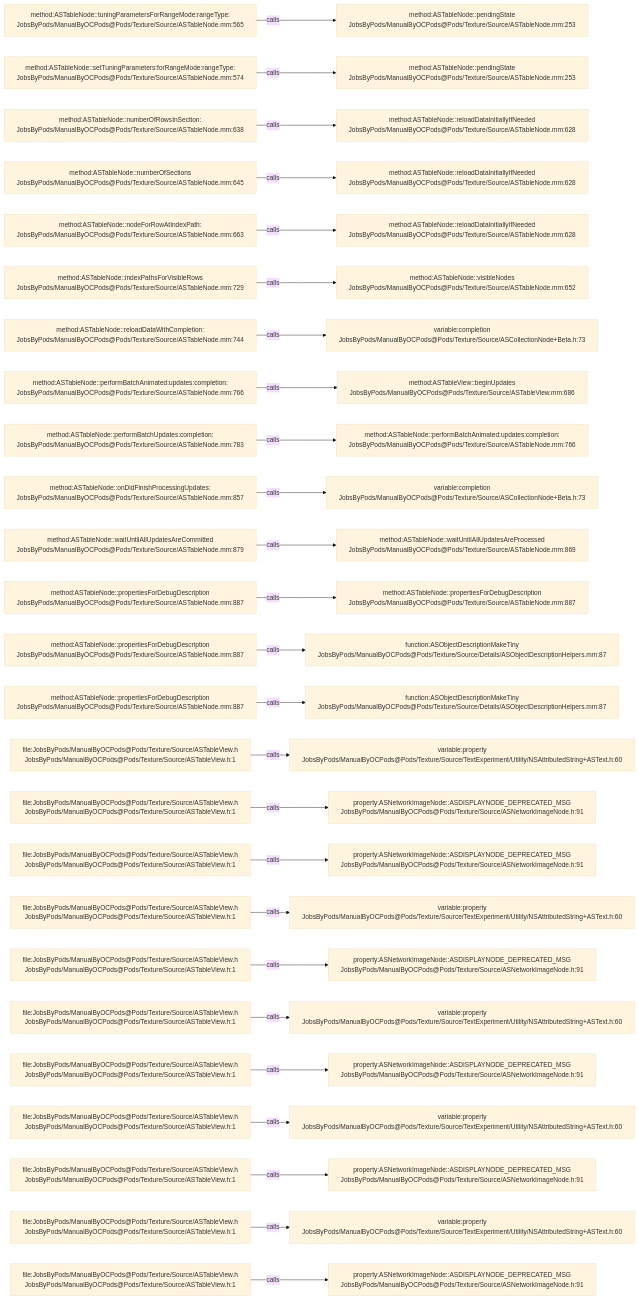
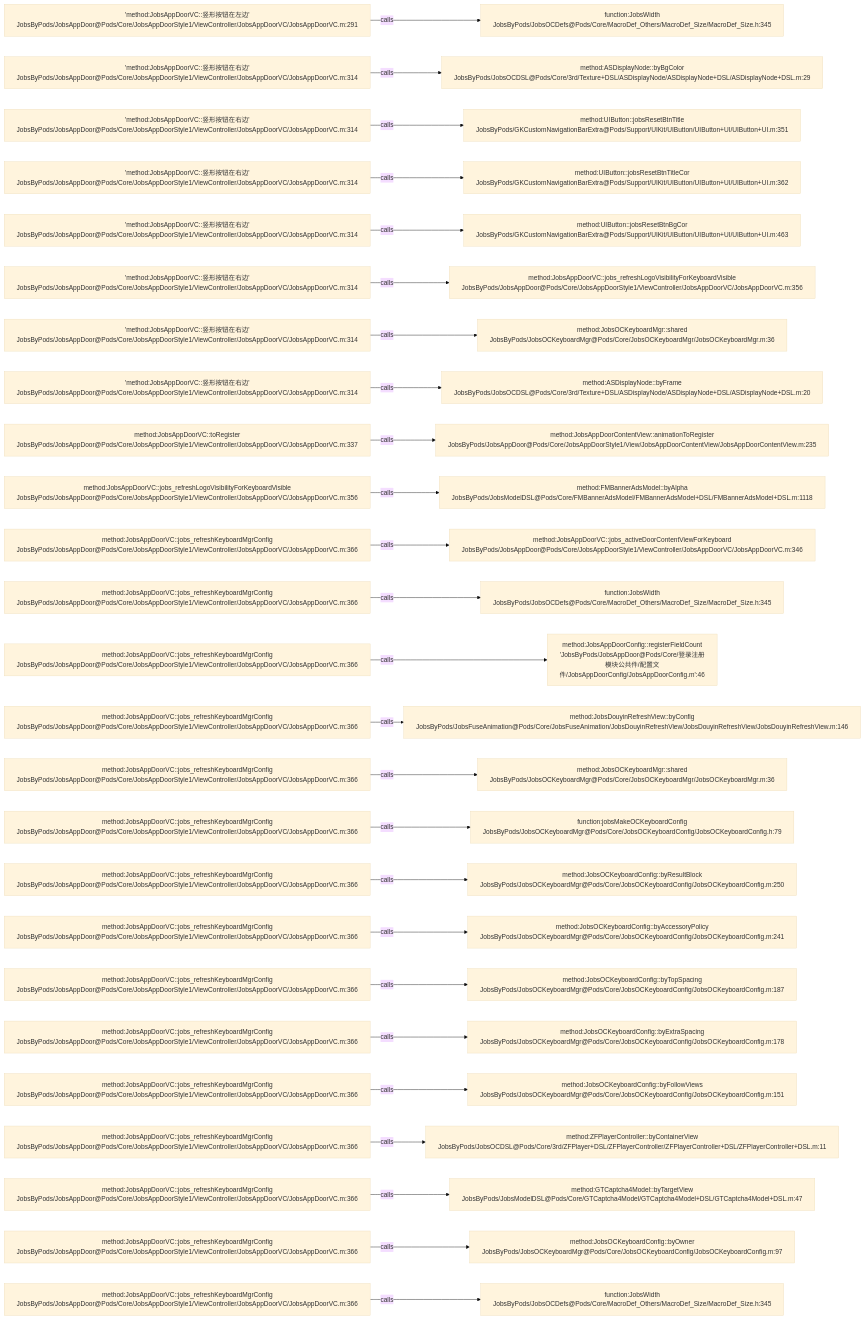
Before and after one commit to JobsKits/JobsOCBaseConfigDemo: the diagram in .codegraph/codegraph.md/graphs/calls-109.md, drawn with Mermaid (base theme). The commit also changed 768 other files, not shown here.

````diff
--- a/.codegraph/codegraph.md/graphs/calls-109.md
+++ b/.codegraph/codegraph.md/graphs/calls-109.md
@@ -13,78 +13,78 @@
 ```mermaid
 flowchart LR
-  S1["method:ASTableNode::tuningParametersForRangeMode:rangeType:<br/>JobsByPods/ManualByOCPods@Pods/Texture/Source/ASTableNode.mm:565"]
-  T1["method:ASTableNode::pendingState<br/>JobsByPods/ManualByOCPods@Pods/Texture/Source/ASTableNode.mm:253"]
+  S1["'method:JobsAppDoorVC::竖形按钮在左边'<br/>JobsByPods/JobsAppDoor@Pods/Core/JobsAppDoorStyle1/ViewController/JobsAppDoorVC/JobsAppDoorVC.m:291"]
+  T1["function:JobsWidth<br/>JobsByPods/JobsOCDefs@Pods/Core/MacroDef_Others/MacroDef_Size/MacroDef_Size.h:345"]
   S1 -->|calls| T1
-  S2["method:ASTableNode::setTuningParameters:forRangeMode:rangeType:<br/>JobsByPods/ManualByOCPods@Pods/Texture/Source/ASTableNode.mm:574"]
-  T2["method:ASTableNode::pendingState<br/>JobsByPods/ManualByOCPods@Pods/Texture/Source/ASTableNode.mm:253"]
+  S2["'method:JobsAppDoorVC::竖形按钮在右边'<br/>JobsByPods/JobsAppDoor@Pods/Core/JobsAppDoorStyle1/ViewController/JobsAppDoorVC/JobsAppDoorVC.m:314"]
+  T2["method:ASDisplayNode::byBgColor<br/>JobsByPods/JobsOCDSL@Pods/Core/3rd/Texture+DSL/ASDisplayNode/ASDisplayNode+DSL/ASDisplayNode+DSL.m:29"]
   S2 -->|calls| T2
-  S3["method:ASTableNode::numberOfRowsInSection:<br/>JobsByPods/ManualByOCPods@Pods/Texture/Source/ASTableNode.mm:638"]
-  T3["method:ASTableNode::reloadDataInitiallyIfNeeded<br/>JobsByPods/ManualByOCPods@Pods/Texture/Source/ASTableNode.mm:628"]
+  S3["'method:JobsAppDoorVC::竖形按钮在右边'<br/>JobsByPods/JobsAppDoor@Pods/Core/JobsAppDoorStyle1/ViewController/JobsAppDoorVC/JobsAppDoorVC.m:314"]
+  T3["method:UIButton::jobsResetBtnTitle<br/>JobsByPods/GKCustomNavigationBarExtra@Pods/Support/UIKit/UIButton/UIButton+UI/UIButton+UI.m:351"]
   S3 -->|calls| T3
-  S4["method:ASTableNode::numberOfSections<br/>JobsByPods/ManualByOCPods@Pods/Texture/Source/ASTableNode.mm:645"]
-  T4["method:ASTableNode::reloadDataInitiallyIfNeeded<br/>JobsByPods/ManualByOCPods@Pods/Texture/Source/ASTableNode.mm:628"]
+  S4["'method:JobsAppDoorVC::竖形按钮在右边'<br/>JobsByPods/JobsAppDoor@Pods/Core/JobsAppDoorStyle1/ViewController/JobsAppDoorVC/JobsAppDoorVC.m:314"]
+  T4["method:UIButton::jobsResetBtnTitleCor<br/>JobsByPods/GKCustomNavigationBarExtra@Pods/Support/UIKit/UIButton/UIButton+UI/UIButton+UI.m:362"]
   S4 -->|calls| T4
-  S5["method:ASTableNode::nodeForRowAtIndexPath:<br/>JobsByPods/ManualByOCPods@Pods/Texture/Source/ASTableNode.mm:663"]
-  T5["method:ASTableNode::reloadDataInitiallyIfNeeded<br/>JobsByPods/ManualByOCPods@Pods/Texture/Source/ASTableNode.mm:628"]
+  S5["'method:JobsAppDoorVC::竖形按钮在右边'<br/>JobsByPods/JobsAppDoor@Pods/Core/JobsAppDoorStyle1/ViewController/JobsAppDoorVC/JobsAppDoorVC.m:314"]
+  T5["method:UIButton::jobsResetBtnBgCor<br/>JobsByPods/GKCustomNavigationBarExtra@Pods/Support/UIKit/UIButton/UIButton+UI/UIButton+UI.m:463"]
   S5 -->|calls| T5
-  S6["method:ASTableNode::indexPathsForVisibleRows<br/>JobsByPods/ManualByOCPods@Pods/Texture/Source/ASTableNode.mm:729"]
-  T6["method:ASTableNode::visibleNodes<br/>JobsByPods/ManualByOCPods@Pods/Texture/Source/ASTableNode.mm:652"]
+  S6["'method:JobsAppDoorVC::竖形按钮在右边'<br/>JobsByPods/JobsAppDoor@Pods/Core/JobsAppDoorStyle1/ViewController/JobsAppDoorVC/JobsAppDoorVC.m:314"]
+  T6["method:JobsAppDoorVC::jobs_refreshLogoVisibilityForKeyboardVisible<br/>JobsByPods/JobsAppDoor@Pods/Core/JobsAppDoorStyle1/ViewController/JobsAppDoorVC/JobsAppDoorVC.m:356"]
   S6 -->|calls| T6
-  S7["method:ASTableNode::reloadDataWithCompletion:<br/>JobsByPods/ManualByOCPods@Pods/Texture/Source/ASTableNode.mm:744"]
-  T7["variable:completion<br/>JobsByPods/ManualByOCPods@Pods/Texture/Source/ASCollectionNode+Beta.h:73"]
+  S7["'method:JobsAppDoorVC::竖形按钮在右边'<br/>JobsByPods/JobsAppDoor@Pods/Core/JobsAppDoorStyle1/ViewController/JobsAppDoorVC/JobsAppDoorVC.m:314"]
+  T7["method:JobsOCKeyboardMgr::shared<br/>JobsByPods/JobsOCKeyboardMgr@Pods/Core/JobsOCKeyboardMgr/JobsOCKeyboardMgr.m:36"]
   S7 -->|calls| T7
-  S8["method:ASTableNode::performBatchAnimated:updates:completion:<br/>JobsByPods/ManualByOCPods@Pods/Texture/Source/ASTableNode.mm:766"]
-  T8["method:ASTableView::beginUpdates<br/>JobsByPods/ManualByOCPods@Pods/Texture/Source/ASTableView.mm:686"]
+  S8["'method:JobsAppDoorVC::竖形按钮在右边'<br/>JobsByPods/JobsAppDoor@Pods/Core/JobsAppDoorStyle1/ViewController/JobsAppDoorVC/JobsAppDoorVC.m:314"]
+  T8["method:ASDisplayNode::byFrame<br/>JobsByPods/JobsOCDSL@Pods/Core/3rd/Texture+DSL/ASDisplayNode/ASDisplayNode+DSL/ASDisplayNode+DSL.m:20"]
   S8 -->|calls| T8
-  S9["method:ASTableNode::performBatchUpdates:completion:<br/>JobsByPods/ManualByOCPods@Pods/Texture/Source/ASTableNode.mm:783"]
-  T9["method:ASTableNode::performBatchAnimated:updates:completion:<br/>JobsByPods/ManualByOCPods@Pods/Texture/Source/ASTableNode.mm:766"]
+  S9["method:JobsAppDoorVC::toRegister<br/>JobsByPods/JobsAppDoor@Pods/Core/JobsAppDoorStyle1/ViewController/JobsAppDoorVC/JobsAppDoorVC.m:337"]
+  T9["method:JobsAppDoorContentView::animationToRegister<br/>JobsByPods/JobsAppDoor@Pods/Core/JobsAppDoorStyle1/View/JobsAppDoorContentView/JobsAppDoorContentView.m:235"]
   S9 -->|calls| T9
-  S10["method:ASTableNode::onDidFinishProcessingUpdates:<br/>JobsByPods/ManualByOCPods@Pods/Texture/Source/ASTableNode.mm:857"]
-  T10["variable:completion<br/>JobsByPods/ManualByOCPods@Pods/Texture/Source/ASCollectionNode+Beta.h:73"]
+  S10["method:JobsAppDoorVC::jobs_refreshLogoVisibilityForKeyboardVisible<br/>JobsByPods/JobsAppDoor@Pods/Core/JobsAppDoorStyle1/ViewController/JobsAppDoorVC/JobsAppDoorVC.m:356"]
+  T10["method:FMBannerAdsModel::byAlpha<br/>JobsByPods/JobsModelDSL@Pods/Core/FMBannerAdsModel/FMBannerAdsModel+DSL/FMBannerAdsModel+DSL.m:1118"]
   S10 -->|calls| T10
-  S11["method:ASTableNode::waitUntilAllUpdatesAreCommitted<br/>JobsByPods/ManualByOCPods@Pods/Texture/Source/ASTableNode.mm:879"]
-  T11["method:ASTableNode::waitUntilAllUpdatesAreProcessed<br/>JobsByPods/ManualByOCPods@Pods/Texture/Source/ASTableNode.mm:869"]
+  S11["method:JobsAppDoorVC::jobs_refreshKeyboardMgrConfig<br/>JobsByPods/JobsAppDoor@Pods/Core/JobsAppDoorStyle1/ViewController/JobsAppDoorVC/JobsAppDoorVC.m:366"]
+  T11["method:JobsAppDoorVC::jobs_activeDoorContentViewForKeyboard<br/>JobsByPods/JobsAppDoor@Pods/Core/JobsAppDoorStyle1/ViewController/JobsAppDoorVC/JobsAppDoorVC.m:346"]
   S11 -->|calls| T11
-  S12["method:ASTableNode::propertiesForDebugDescription<br/>JobsByPods/ManualByOCPods@Pods/Texture/Source/ASTableNode.mm:887"]
-  T12["method:ASTableNode::propertiesForDebugDescription<br/>JobsByPods/ManualByOCPods@Pods/Texture/Source/ASTableNode.mm:887"]
+  S12["method:JobsAppDoorVC::jobs_refreshKeyboardMgrConfig<br/>JobsByPods/JobsAppDoor@Pods/Core/JobsAppDoorStyle1/ViewController/JobsAppDoorVC/JobsAppDoorVC.m:366"]
+  T12["function:JobsWidth<br/>JobsByPods/JobsOCDefs@Pods/Core/MacroDef_Others/MacroDef_Size/MacroDef_Size.h:345"]
   S12 -->|calls| T12
-  S13["method:ASTableNode::propertiesForDebugDescription<br/>JobsByPods/ManualByOCPods@Pods/Texture/Source/ASTableNode.mm:887"]
-  T13["function:ASObjectDescriptionMakeTiny<br/>JobsByPods/ManualByOCPods@Pods/Texture/Source/Details/ASObjectDescriptionHelpers.mm:87"]
+  S13["method:JobsAppDoorVC::jobs_refreshKeyboardMgrConfig<br/>JobsByPods/JobsAppDoor@Pods/Core/JobsAppDoorStyle1/ViewController/JobsAppDoorVC/JobsAppDoorVC.m:366"]
+  T13["method:JobsAppDoorConfig::registerFieldCount<br/>'JobsByPods/JobsAppDoor@Pods/Core/登录注册模块公共件/配置文件/JobsAppDoorConfig/JobsAppDoorConfig.m':46"]
   S13 -->|calls| T13
-  S14["method:ASTableNode::propertiesForDebugDescription<br/>JobsByPods/ManualByOCPods@Pods/Texture/Source/ASTableNode.mm:887"]
-  T14["function:ASObjectDescriptionMakeTiny<br/>JobsByPods/ManualByOCPods@Pods/Texture/Source/Details/ASObjectDescriptionHelpers.mm:87"]
+  S14["method:JobsAppDoorVC::jobs_refreshKeyboardMgrConfig<br/>JobsByPods/JobsAppDoor@Pods/Core/JobsAppDoorStyle1/ViewController/JobsAppDoorVC/JobsAppDoorVC.m:366"]
+  T14["method:JobsDouyinRefreshView::byConfig<br/>JobsByPods/JobsFuseAnimation@Pods/Core/JobsFuseAnimation/JobsDouyinRefreshView/JobsDouyinRefreshView/JobsDouyinRefreshView.m:146"]
   S14 -->|calls| T14
-  S15["file:JobsByPods/ManualByOCPods@Pods/Texture/Source/ASTableView.h<br/>JobsByPods/ManualByOCPods@Pods/Texture/Source/ASTableView.h:1"]
-  T15["variable:property<br/>JobsByPods/ManualByOCPods@Pods/Texture/Source/TextExperiment/Utility/NSAttributedString+ASText.h:60"]
+  S15["method:JobsAppDoorVC::jobs_refreshKeyboardMgrConfig<br/>JobsByPods/JobsAppDoor@Pods/Core/JobsAppDoorStyle1/ViewController/JobsAppDoorVC/JobsAppDoorVC.m:366"]
+  T15["method:JobsOCKeyboardMgr::shared<br/>JobsByPods/JobsOCKeyboardMgr@Pods/Core/JobsOCKeyboardMgr/JobsOCKeyboardMgr.m:36"]
   S15 -->|calls| T15
-  S16["file:JobsByPods/ManualByOCPods@Pods/Texture/Source/ASTableView.h<br/>JobsByPods/ManualByOCPods@Pods/Texture/Source/ASTableView.h:1"]
-  T16["property:ASNetworkImageNode::ASDISPLAYNODE_DEPRECATED_MSG<br/>JobsByPods/ManualByOCPods@Pods/Texture/Source/ASNetworkImageNode.h:91"]
+  S16["method:JobsAppDoorVC::jobs_refreshKeyboardMgrConfig<br/>JobsByPods/JobsAppDoor@Pods/Core/JobsAppDoorStyle1/ViewController/JobsAppDoorVC/JobsAppDoorVC.m:366"]
+  T16["function:jobsMakeOCKeyboardConfig<br/>JobsByPods/JobsOCKeyboardMgr@Pods/Core/JobsOCKeyboardConfig/JobsOCKeyboardConfig.h:79"]
   S16 -->|calls| T16
-  S17["file:JobsByPods/ManualByOCPods@Pods/Texture/Source/ASTableView.h<br/>JobsByPods/ManualByOCPods@Pods/Texture/Source/ASTableView.h:1"]
-  T17["property:ASNetworkImageNode::ASDISPLAYNODE_DEPRECATED_MSG<br/>JobsByPods/ManualByOCPods@Pods/Texture/Source/ASNetworkImageNode.h:91"]
+  S17["method:JobsAppDoorVC::jobs_refreshKeyboardMgrConfig<br/>JobsByPods/JobsAppDoor@Pods/Core/JobsAppDoorStyle1/ViewController/JobsAppDoorVC/JobsAppDoorVC.m:366"]
+  T17["method:JobsOCKeyboardConfig::byResultBlock<br/>JobsByPods/JobsOCKeyboardMgr@Pods/Core/JobsOCKeyboardConfig/JobsOCKeyboardConfig.m:250"]
   S17 -->|calls| T17
-  S18["file:JobsByPods/ManualByOCPods@Pods/Texture/Source/ASTableView.h<br/>JobsByPods/ManualByOCPods@Pods/Texture/Source/ASTableView.h:1"]
-  T18["variable:property<br/>JobsByPods/ManualByOCPods@Pods/Texture/Source/TextExperiment/Utility/NSAttributedString+ASText.h:60"]
+  S18["method:JobsAppDoorVC::jobs_refreshKeyboardMgrConfig<br/>JobsByPods/JobsAppDoor@Pods/Core/JobsAppDoorStyle1/ViewController/JobsAppDoorVC/JobsAppDoorVC.m:366"]
+  T18["method:JobsOCKeyboardConfig::byAccessoryPolicy<br/>JobsByPods/JobsOCKeyboardMgr@Pods/Core/JobsOCKeyboardConfig/JobsOCKeyboardConfig.m:241"]
   S18 -->|calls| T18
-  S19["file:JobsByPods/ManualByOCPods@Pods/Texture/Source/ASTableView.h<br/>JobsByPods/ManualByOCPods@Pods/Texture/Source/ASTableView.h:1"]
-  T19["property:ASNetworkImageNode::ASDISPLAYNODE_DEPRECATED_MSG<br/>JobsByPods/ManualByOCPods@Pods/Texture/Source/ASNetworkImageNode.h:91"]
+  S19["method:JobsAppDoorVC::jobs_refreshKeyboardMgrConfig<br/>JobsByPods/JobsAppDoor@Pods/Core/JobsAppDoorStyle1/ViewController/JobsAppDoorVC/JobsAppDoorVC.m:366"]
+  T19["method:JobsOCKeyboardConfig::byTopSpacing<br/>JobsByPods/JobsOCKeyboardMgr@Pods/Core/JobsOCKeyboardConfig/JobsOCKeyboardConfig.m:187"]
   S19 -->|calls| T19
-  S20["file:JobsByPods/ManualByOCPods@Pods/Texture/Source/ASTableView.h<br/>JobsByPods/ManualByOCPods@Pods/Texture/Source/ASTableView.h:1"]
-  T20["variable:property<br/>JobsByPods/ManualByOCPods@Pods/Texture/Source/TextExperiment/Utility/NSAttributedString+ASText.h:60"]
+  S20["method:JobsAppDoorVC::jobs_refreshKeyboardMgrConfig<br/>JobsByPods/JobsAppDoor@Pods/Core/JobsAppDoorStyle1/ViewController/JobsAppDoorVC/JobsAppDoorVC.m:366"]
+  T20["method:JobsOCKeyboardConfig::byExtraSpacing<br/>JobsByPods/JobsOCKeyboardMgr@Pods/Core/JobsOCKeyboardConfig/JobsOCKeyboardConfig.m:178"]
   S20 -->|calls| T20
-  S21["file:JobsByPods/ManualByOCPods@Pods/Texture/Source/ASTableView.h<br/>JobsByPods/ManualByOCPods@Pods/Texture/Source/ASTableView.h:1"]
-  T21["property:ASNetworkImageNode::ASDISPLAYNODE_DEPRECATED_MSG<br/>JobsByPods/ManualByOCPods@Pods/Texture/Source/ASNetworkImageNode.h:91"]
+  S21["method:JobsAppDoorVC::jobs_refreshKeyboardMgrConfig<br/>JobsByPods/JobsAppDoor@Pods/Core/JobsAppDoorStyle1/ViewController/JobsAppDoorVC/JobsAppDoorVC.m:366"]
+  T21["method:JobsOCKeyboardConfig::byFollowViews<br/>JobsByPods/JobsOCKeyboardMgr@Pods/Core/JobsOCKeyboardConfig/JobsOCKeyboardConfig.m:151"]
   S21 -->|calls| T21
-  S22["file:JobsByPods/ManualByOCPods@Pods/Texture/Source/ASTableView.h<br/>JobsByPods/ManualByOCPods@Pods/Texture/Source/ASTableView.h:1"]
-  T22["variable:property<br/>JobsByPods/ManualByOCPods@Pods/Texture/Source/TextExperiment/Utility/NSAttributedString+ASText.h:60"]
+  S22["method:JobsAppDoorVC::jobs_refreshKeyboardMgrConfig<br/>JobsByPods/JobsAppDoor@Pods/Core/JobsAppDoorStyle1/ViewController/JobsAppDoorVC/JobsAppDoorVC.m:366"]
+  T22["method:ZFPlayerController::byContainerView<br/>JobsByPods/JobsOCDSL@Pods/Core/3rd/ZFPlayer+DSL/ZFPlayerController/ZFPlayerController+DSL/ZFPlayerController+DSL.m:11"]
   S22 -->|calls| T22
-  S23["file:JobsByPods/ManualByOCPods@Pods/Texture/Source/ASTableView.h<br/>JobsByPods/ManualByOCPods@Pods/Texture/Source/ASTableView.h:1"]
-  T23["property:ASNetworkImageNode::ASDISPLAYNODE_DEPRECATED_MSG<br/>JobsByPods/ManualByOCPods@Pods/Texture/Source/ASNetworkImageNode.h:91"]
+  S23["method:JobsAppDoorVC::jobs_refreshKeyboardMgrConfig<br/>JobsByPods/JobsAppDoor@Pods/Core/JobsAppDoorStyle1/ViewController/JobsAppDoorVC/JobsAppDoorVC.m:366"]
+  T23["method:GTCaptcha4Model::byTargetView<br/>JobsByPods/JobsModelDSL@Pods/Core/GTCaptcha4Model/GTCaptcha4Model+DSL/GTCaptcha4Model+DSL.m:47"]
   S23 -->|calls| T23
-  S24["file:JobsByPods/ManualByOCPods@Pods/Texture/Source/ASTableView.h<br/>JobsByPods/ManualByOCPods@Pods/Texture/Source/ASTableView.h:1"]
-  T24["variable:property<br/>JobsByPods/ManualByOCPods@Pods/Texture/Source/TextExperiment/Utility/NSAttributedString+ASText.h:60"]
+  S24["method:JobsAppDoorVC::jobs_refreshKeyboardMgrConfig<br/>JobsByPods/JobsAppDoor@Pods/Core/JobsAppDoorStyle1/ViewController/JobsAppDoorVC/JobsAppDoorVC.m:366"]
+  T24["method:JobsOCKeyboardConfig::byOwner<br/>JobsByPods/JobsOCKeyboardMgr@Pods/Core/JobsOCKeyboardConfig/JobsOCKeyboardConfig.m:97"]
   S24 -->|calls| T24
-  S25["file:JobsByPods/ManualByOCPods@Pods/Texture/Source/ASTableView.h<br/>JobsByPods/ManualByOCPods@Pods/Texture/Source/ASTableView.h:1"]
-  T25["property:ASNetworkImageNode::ASDISPLAYNODE_DEPRECATED_MSG<br/>JobsByPods/ManualByOCPods@Pods/Texture/Source/ASNetworkImageNode.h:91"]
+  S25["method:JobsAppDoorVC::jobs_refreshKeyboardMgrConfig<br/>JobsByPods/JobsAppDoor@Pods/Core/JobsAppDoorStyle1/ViewController/JobsAppDoorVC/JobsAppDoorVC.m:366"]
+  T25["function:JobsWidth<br/>JobsByPods/JobsOCDefs@Pods/Core/MacroDef_Others/MacroDef_Size/MacroDef_Size.h:345"]
   S25 -->|calls| T25
 ```
````
